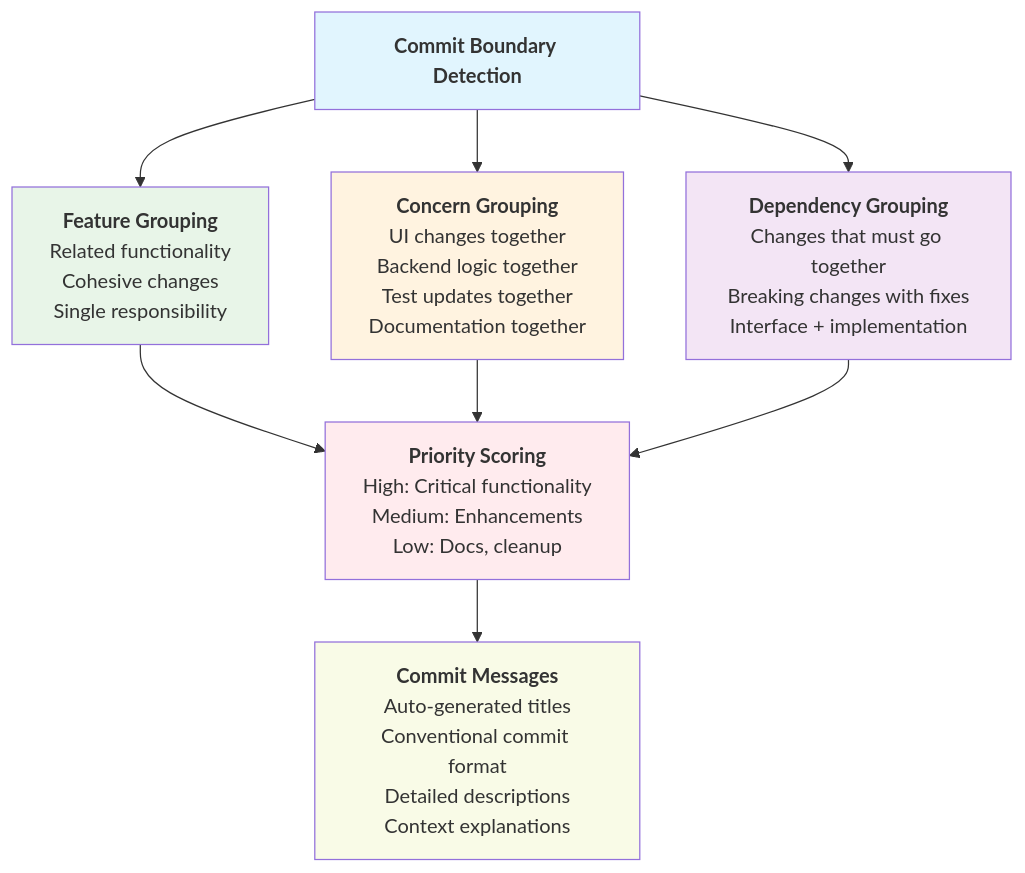
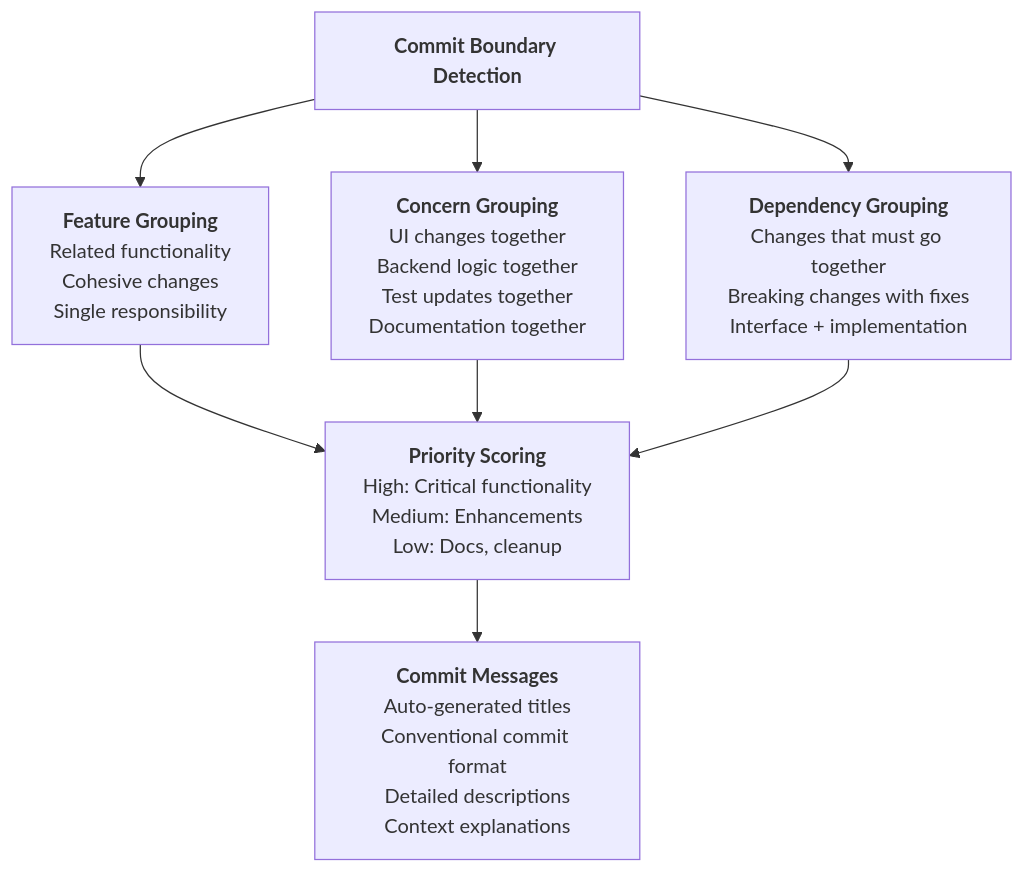
The fourth of 7 diagrams in docs/diagrams/mastro-split-flow.md (geogoesbeepboop/mastro), drawn with Mermaid before and after one commit. The commit also changed other lines of this file and 5 other files, not shown here.

First line of the commit message:
docs: update analytics and flow diagrams for clarity

````diff
--- a/docs/diagrams/mastro-split-flow.md
+++ b/docs/diagrams/mastro-split-flow.md
@@ -172,39 +178,41 @@
 ```mermaid
+
 flowchart TD
     CBD["`**Commit Boundary Detection**`"] --> FG["`**Feature Grouping**
     Related functionality
     Cohesive changes
     Single responsibility`"]
     
     CBD --> CG["`**Concern Grouping**
     UI changes together
     Backend logic together
     Test updates together
     Documentation together`"]
     
     CBD --> DG["`**Dependency Grouping**
     Changes that must go together
     Breaking changes with fixes
     Interface + implementation`"]
     
     FG --> PS["`**Priority Scoring**
     High: Critical functionality
     Medium: Enhancements
     Low: Docs, cleanup`"]
     
     CG --> PS
     DG --> PS
     
     PS --> CM["`**Commit Messages**
     Auto-generated titles
     Conventional commit format
     Detailed descriptions
     Context explanations`"]
 
-    style CBD fill:#e1f5fe
-    style FG fill:#e8f5e8
-    style CG fill:#fff3e0
-    style DG fill:#f3e5f5
-    style PS fill:#ffebee
-    style CM fill:#f9fbe7
+    style CBD fill:#e1f5fe color:#000000
+    style FG fill:#e8f5e8 color:#000000
+    style CG fill:#fff3e0 color:#000000
+    style DG fill:#f3e5f5 color:#000000
+    style PS fill:#ffebee color:#000000
+    style CM fill:#f9fbe7 color:#000000
+
 ```
````
